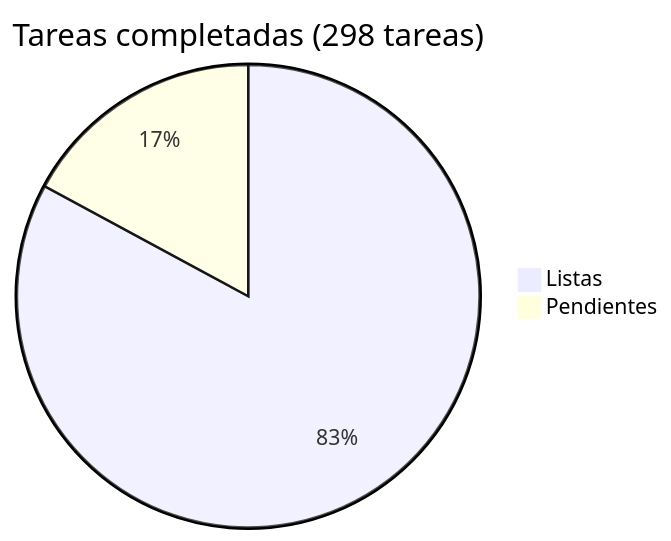
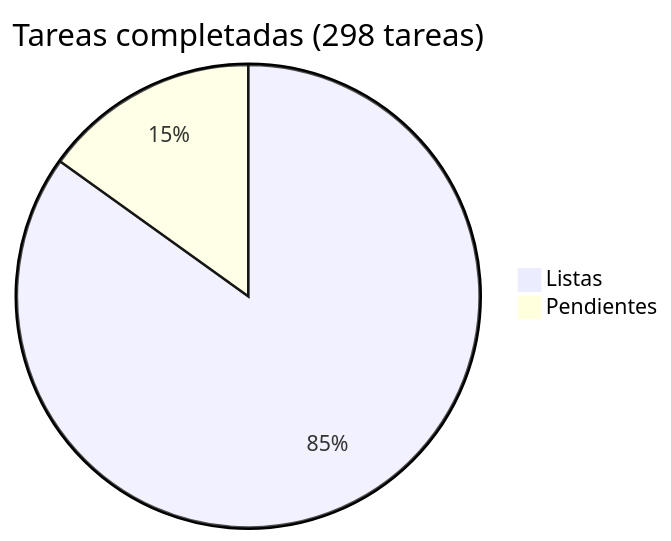
One commit to araguaney-lat/araguaney changed the diagram in docs/roadmap/README.md. Above: the diagram before and after it, drawn with Mermaid. The commit also changed other lines of this file and 6 other files, not shown here.

````diff
--- a/docs/roadmap/README.md
+++ b/docs/roadmap/README.md
@@ -5,5 +5,5 @@
 ```mermaid
 pie title Tareas completadas (298 tareas)
-    "Listas" : 247
-    "Pendientes" : 51
+    "Listas" : 253
+    "Pendientes" : 45
 ```
````
